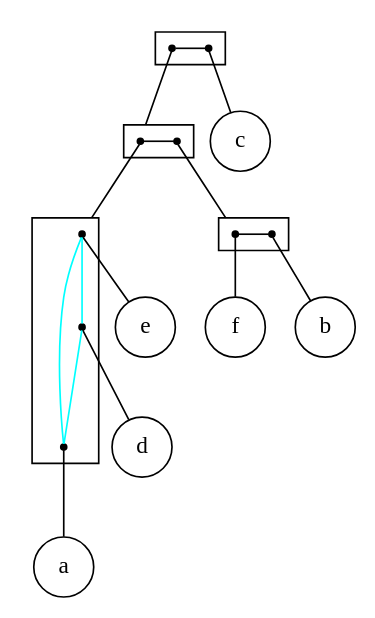
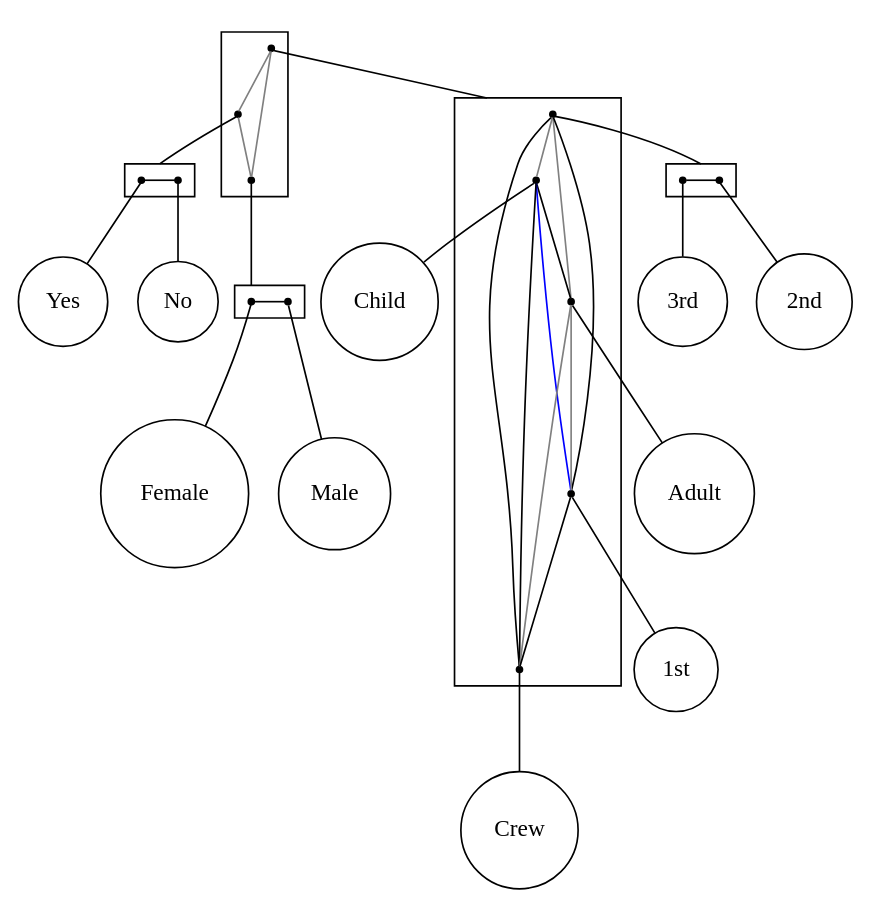
The diagram in src/final/linear_2-structure.dot (lrodrin/TFG), drawn with Graphviz before and after one commit. The commit also changed 1 other file, not shown here.

```diff
--- a/src/final/linear_2-structure.dot
+++ b/src/final/linear_2-structure.dot
@@ -1,47 +1,70 @@
 strict digraph "linear_2-structure" {
 compound=true;
 fontname=Verdana;
 fontsize=12;
 newrank=true;
 node [shape=circle];
-c;
-e;
-d;
-a;
-f;
-b;
-subgraph cluster_bfdeca {
+Child;
+Adult;
+"1st";
+Crew;
+"2nd";
+"3rd";
+Female;
+Male;
+Yes;
+No;
+subgraph cluster_FemaleMaleAdultChildCrew2ndYes1st3rdNo {
+node [shape=point];
+s_2ndChild1stAdult3rdCrew -> s_YesNo  [arrowhead=none, color=grey];
+s_2ndChild1stAdult3rdCrew -> s_MaleFemale  [arrowhead=none, color=grey];
+s_YesNo -> s_MaleFemale  [arrowhead=none, color=grey];
+}
+
+subgraph cluster_2ndChild1stAdult3rdCrew {
+node [shape=point];
+s_2nd3rd -> s_Child  [arrowhead=none, color=grey];
+s_2nd3rd -> s_Adult  [arrowhead=none, color=grey];
+s_2nd3rd -> s_1st  [arrowhead=none, color=black];
+s_2nd3rd -> s_Crew  [arrowhead=none, color=black];
+s_Child -> s_Adult  [arrowhead=none, color=black];
+s_Child -> s_1st  [arrowhead=none, color=blue];
+s_Child -> s_Crew  [arrowhead=none, color=black];
+s_Adult -> s_1st  [arrowhead=none, color=grey];
+s_Adult -> s_Crew  [arrowhead=none, color=grey];
+s_1st -> s_Crew  [arrowhead=none, color=black];
+}
+
+subgraph cluster_2nd3rd {
 rank=same;
 node [shape=point];
-s_bfdea -> s_c  [arrowhead=none, color=black];
+s_2nd -> s_3rd  [arrowhead=none, color=black];
 }
 
-subgraph cluster_bfdea {
+subgraph cluster_MaleFemale {
 rank=same;
 node [shape=point];
-s_eda -> s_bf  [arrowhead=none, color=black];
+s_Female -> s_Male  [arrowhead=none, color=black];
 }
 
-subgraph cluster_eda {
+subgraph cluster_YesNo {
+rank=same;
 node [shape=point];
-s_e -> s_d  [arrowhead=none, color=cyan];
-s_e -> s_a  [arrowhead=none, color=cyan];
-s_d -> s_a  [arrowhead=none, color=cyan];
+s_Yes -> s_No  [arrowhead=none, color=black];
 }
 
-subgraph cluster_bf {
-rank=same;
-node [shape=point];
-s_f -> s_b  [arrowhead=none, color=black];
+s_2ndChild1stAdult3rdCrew -> s_2nd3rd  [arrowhead=none, lhead=cluster_2ndChild1stAdult3rdCrew];
+s_YesNo -> s_Yes  [arrowhead=none, lhead=cluster_YesNo];
+s_MaleFemale -> s_Female  [arrowhead=none, lhead=cluster_MaleFemale];
+s_2nd3rd -> s_2nd  [arrowhead=none, lhead=cluster_2nd3rd];
+s_Child -> Child  [arrowhead=none];
+s_Adult -> Adult  [arrowhead=none];
+s_1st -> "1st"  [arrowhead=none];
+s_Crew -> Crew  [arrowhead=none];
+s_2nd -> "2nd"  [arrowhead=none];
+s_3rd -> "3rd"  [arrowhead=none];
+s_Female -> Female  [arrowhead=none];
+s_Male -> Male  [arrowhead=none];
+s_Yes -> Yes  [arrowhead=none];
+s_No -> No  [arrowhead=none];
 }
-
-s_bfdea -> s_eda  [arrowhead=none, lhead=cluster_bfdea];
-s_c -> c  [arrowhead=none];
-s_eda -> s_e  [arrowhead=none, lhead=cluster_eda];
-s_bf -> s_f  [arrowhead=none, lhead=cluster_bf];
-s_e -> e  [arrowhead=none];
-s_d -> d  [arrowhead=none];
-s_a -> a  [arrowhead=none];
-s_f -> f  [arrowhead=none];
-s_b -> b  [arrowhead=none];
-}
```
